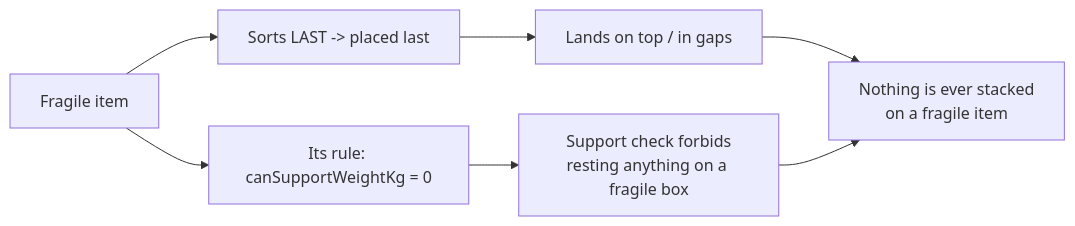
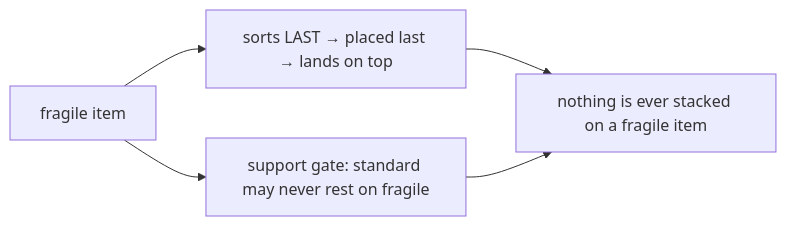
Before and after one commit to theShafCodes/logiVShaf: the third of 4 diagrams in shafs/docs/stage3-explained.md, drawn with Mermaid. The commit also changed other lines of this file and 60 other files, not shown here.

````diff
--- a/shafs/docs/stage3-explained.md
+++ b/shafs/docs/stage3-explained.md
@@ -249,9 +207,7 @@
 ```mermaid
 flowchart LR
-    F["Fragile item"] --> S1["Sorts LAST -> placed last"]
-    S1 --> S2["Lands on top / in gaps"]
-    F --> S3["Its rule: canSupportWeightKg = 0"]
-    S3 --> S4["Support check forbids<br/>resting anything on a fragile box"]
-    S2 --> SAFE["Nothing is ever stacked<br/>on a fragile item"]
-    S4 --> SAFE
+    F["fragile item"] --> S1["sorts LAST → placed last → lands on top"]
+    F --> S2["support gate: standard may never rest on fragile"]
+    S1 --> SAFE["nothing is ever stacked on a fragile item"]
+    S2 --> SAFE
 ```
````
